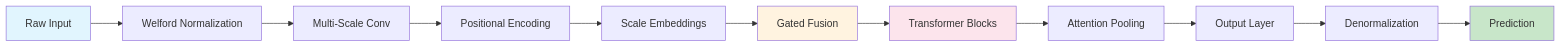
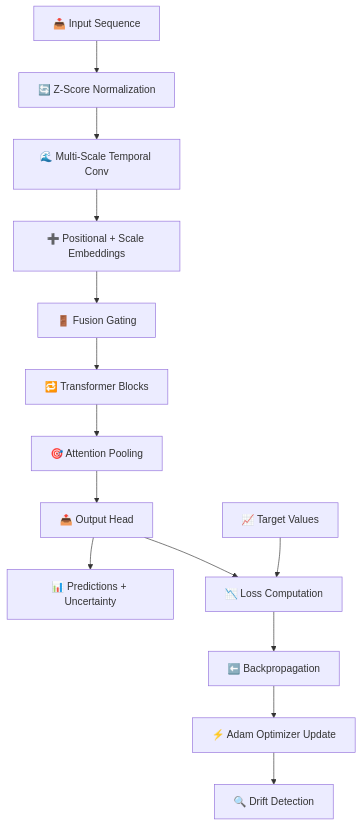
The diagram in README.md (hviana/multivariate-ft-transformer-regression), drawn with Mermaid before and after one commit. The commit also changed other lines of this file and 3 other files, not shown here.

````diff
--- a/README.md
+++ b/README.md
@@ -180,18 +157,17 @@
 ```mermaid
-graph LR
-    A[Raw Input] --> B[Welford Normalization]
-    B --> C[Multi-Scale Conv]
-    C --> D[Positional Encoding]
-    D --> E[Scale Embeddings]
-    E --> F[Gated Fusion]
-    F --> G[Transformer Blocks]
-    G --> H[Attention Pooling]
-    H --> I[Output Layer]
-    I --> J[Denormalization]
-    J --> K[Prediction]
+graph TD
+    A[📥 Input Sequence] --> B[🔄 Z-Score Normalization]
+    B --> C[🌊 Multi-Scale Temporal Conv]
+    C --> D[➕ Positional + Scale Embeddings]
+    D --> E[🚪 Fusion Gating]
+    E --> F[🔁 Transformer Blocks]
+    F --> G[🎯 Attention Pooling]
+    G --> H[📤 Output Head]
+    H --> I[📊 Predictions + Uncertainty]
     
-    style A fill:#e1f5fe
-    style K fill:#c8e6c9
-    style F fill:#fff3e0
-    style G fill:#fce4ec
+    J[📈 Target Values] --> K[📉 Loss Computation]
+    H --> K
+    K --> L[⬅️ Backpropagation]
+    L --> M[⚡ Adam Optimizer Update]
+    M --> N[🔍 Drift Detection]
 ```
````
